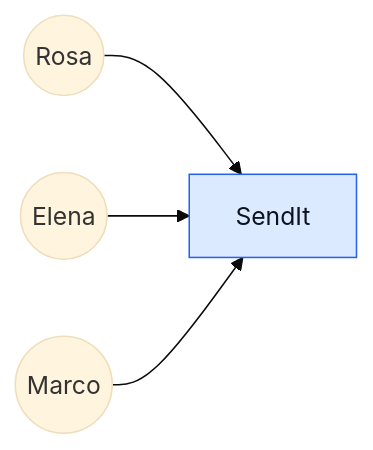
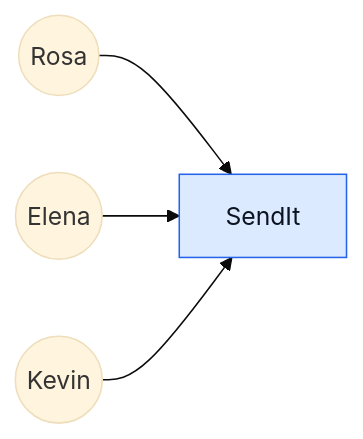
One commit to LuisMUtec/SWA-Labs changed the first of 3 diagrams in LAB03-SendIt/redale/L-listar-componentes/README.md. Above: the diagram before and after it, drawn with Mermaid (base theme). The commit also changed other lines of this file and 19 other files, not shown here.

````diff
--- a/LAB03-SendIt/redale/L-listar-componentes/README.md
+++ b/LAB03-SendIt/redale/L-listar-componentes/README.md
@@ -94,9 +94,9 @@
 ```mermaid
 flowchart LR
   Rosa(( Rosa )) --> APP[ SendIt ]
   Elena(( Elena )) --> APP
-  Marco(( Marco )) --> APP
+  Kevin(( Kevin )) --> APP
 
   classDef propio fill:#dbeafe,stroke:#2563eb,color:#0b1220;
   class APP propio;
 ```
````
